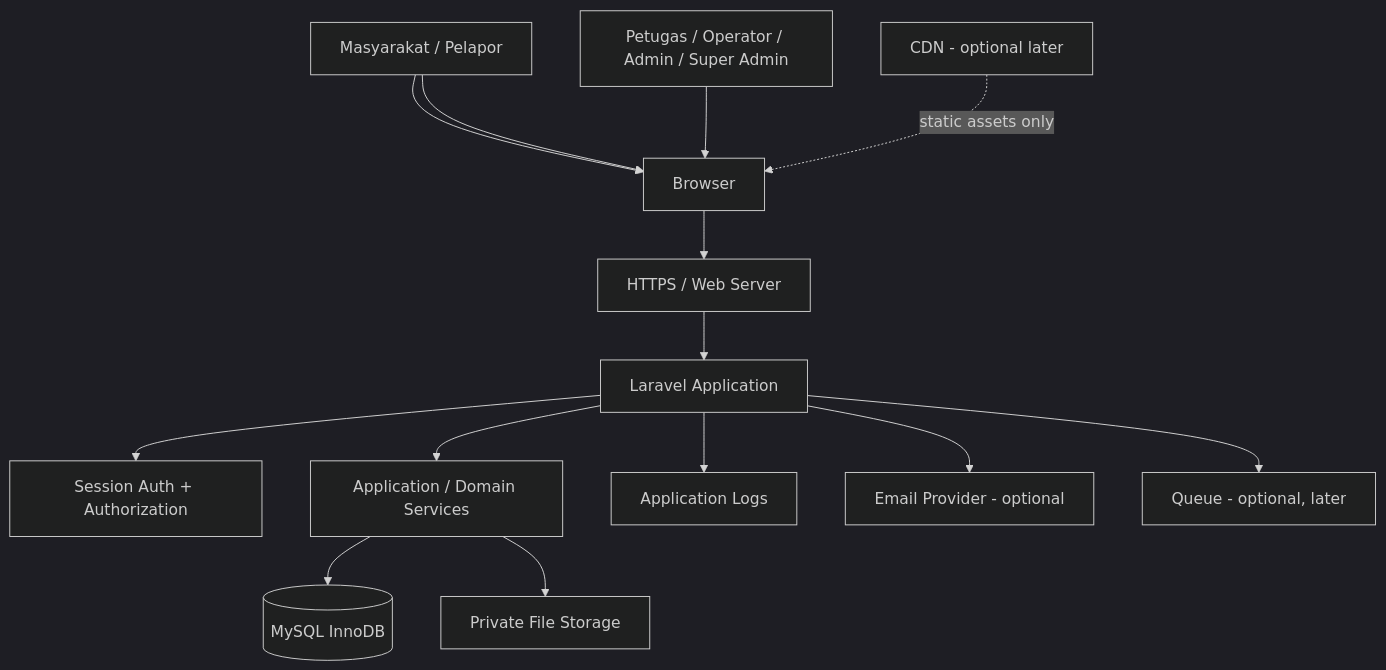
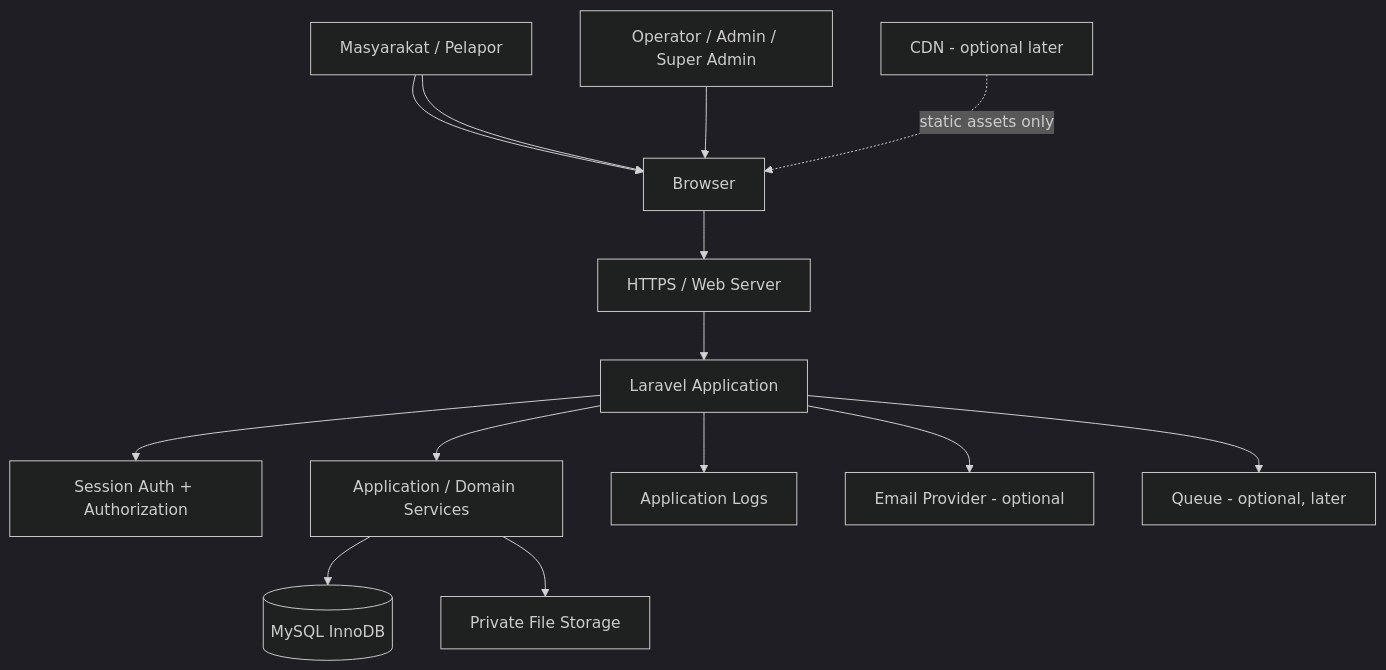
Before and after one commit to nathsville/superbie: the first of 3 diagrams in architecture.md, drawn with Mermaid (dark theme). The commit also changed other lines of this file and 163 other files, not shown here.

````diff
--- a/architecture.md
+++ b/architecture.md
@@ -22,16 +22,16 @@
 ```mermaid
 flowchart TD
     Citizen[Pengunjung / Pelapor] --> Browser[Browser]
     Citizen[Masyarakat / Pelapor] --> Browser
-    Staff[Petugas / Operator / Admin / Super Admin] --> Browser
+    Staff[Operator / Admin / Super Admin] --> Browser
     Browser --> HTTPS[HTTPS / Web Server]
     HTTPS --> Laravel[Laravel Application]
     Laravel --> Auth[Session Auth + Authorization]
     Laravel --> Domain[Application / Domain Services]
     Domain --> MySQL[(MySQL InnoDB)]
     Domain --> Storage[Private File Storage]
     Laravel --> Logs[Application Logs]
     Laravel --> Mail[Email Provider - optional]
     Laravel --> Queue[Queue - optional, later]
     CDN[CDN - optional later] -. static assets only .-> Browser
 ```
````
